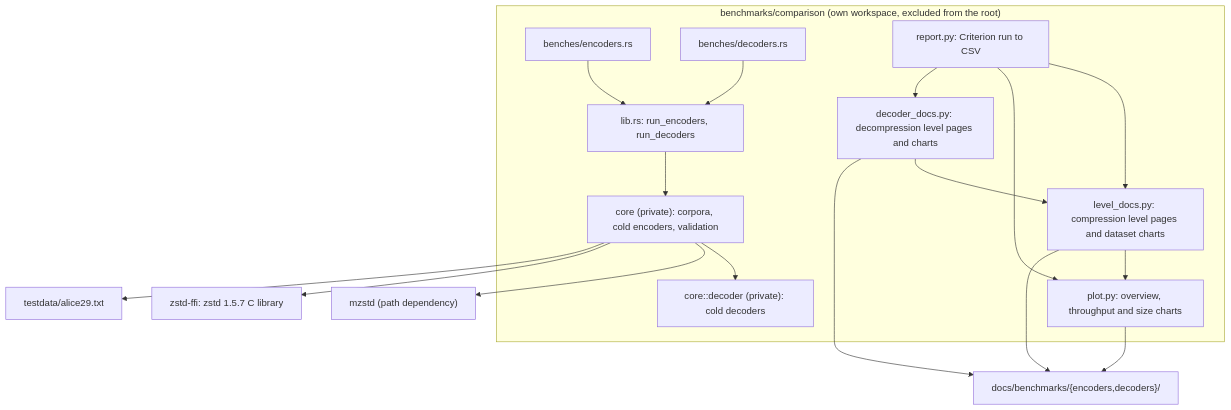
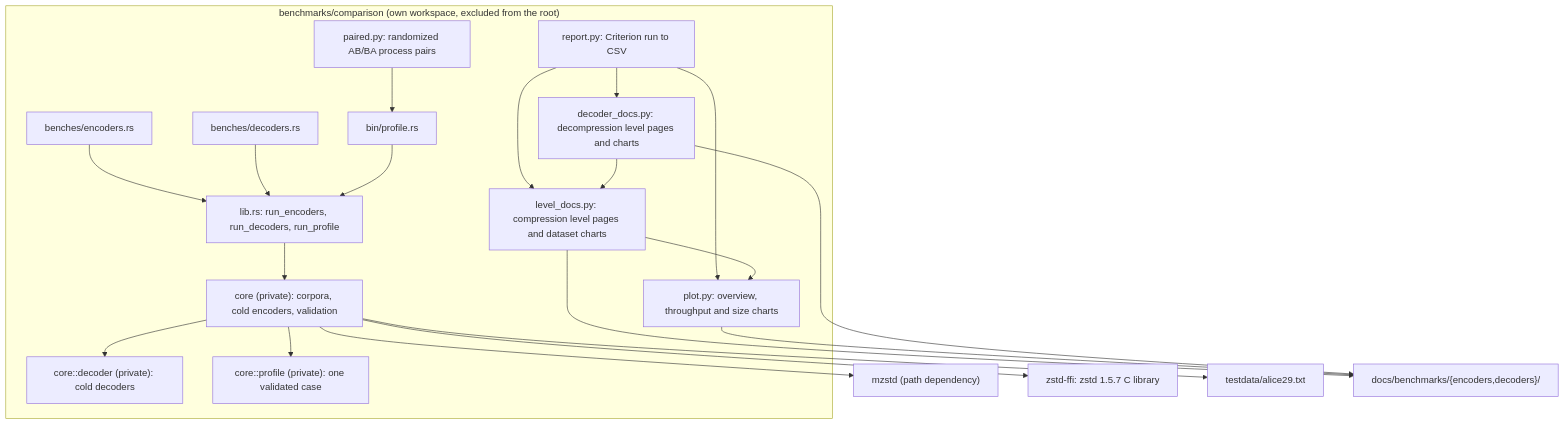
Before and after one commit to M-Compressors/mzstd: the first of 3 diagrams in architecture/benchmarking.md, drawn with Mermaid. The commit also changed other lines of this file and 275 other files, not shown here.

Commit message:
optimize tiny files flow

````diff
--- a/architecture/benchmarking.md
+++ b/architecture/benchmarking.md
@@ -13,20 +13,23 @@
 ```mermaid
 graph TD
     subgraph comparison["benchmarks/comparison (own workspace, excluded from the root)"]
-        Lib["lib.rs: run_encoders, run_decoders"] --> Core["core (private): corpora, cold encoders, validation"]
+        Lib["lib.rs: run_encoders, run_decoders, run_profile"] --> Core["core (private): corpora, cold encoders, validation"]
         Core --> Dec["core::decoder (private): cold decoders"]
+        Core --> Profile["core::profile (private): one validated case"]
         BEnc["benches/encoders.rs"] --> Lib
         BDec["benches/decoders.rs"] --> Lib
+        BProfile["bin/profile.rs"] --> Lib
+        Paired["paired.py: randomized AB/BA process pairs"] --> BProfile
         Report["report.py: Criterion run to CSV"] --> Docs["level_docs.py: compression level pages and dataset charts"]
         Report --> Plot["plot.py: overview, throughput and size charts"]
         Report --> DecDocs["decoder_docs.py: decompression level pages and charts"]
         Docs --> Plot
         DecDocs --> Docs
     end
     Core --> Mzstd["mzstd (path dependency)"]
     Core --> Ffi["zstd-ffi: zstd 1.5.7 C library"]
     Core --> Alice["testdata/alice29.txt"]
     Docs --> Out["docs/benchmarks/{encoders,decoders}/"]
     Plot --> Out
     DecDocs --> Out
 ```
````
